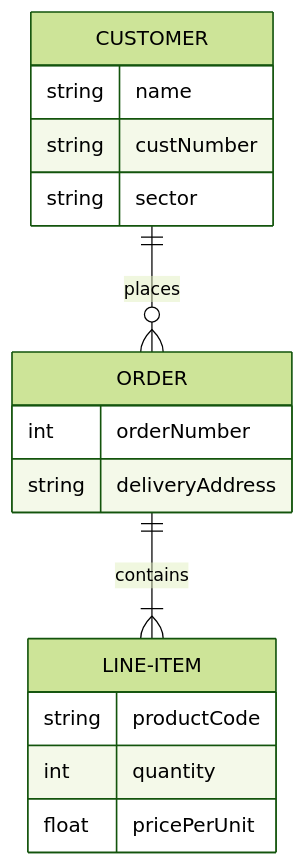
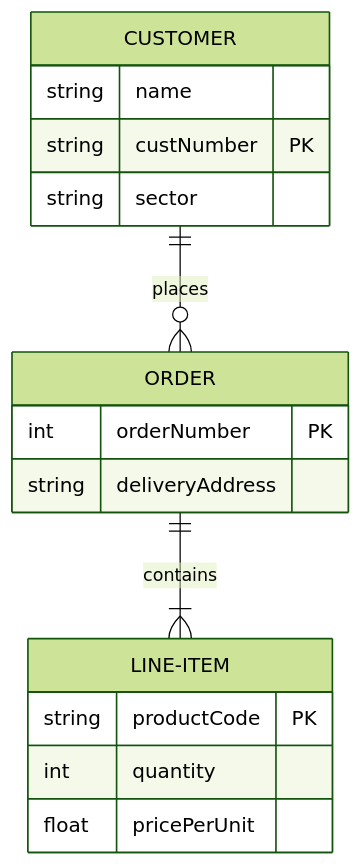
Before and after one commit to zi-ang-liu/jb-database: the tenth of 10 diagrams in database/contents/er_model/er_model.md, drawn with Mermaid (forest theme).

````diff
--- a/database/contents/er_model/er_model.md
+++ b/database/contents/er_model/er_model.md
@@ -255,19 +255,19 @@
 ```{mermaid}
 erDiagram
     CUSTOMER ||--o{ ORDER : places
     CUSTOMER {
         string name
-        string custNumber
+        string custNumber PK
         string sector
     }
     ORDER ||--|{ LINE-ITEM : contains
     ORDER {
-        int orderNumber
+        int orderNumber PK
         string deliveryAddress
     }
     LINE-ITEM {
-        string productCode
+        string productCode PK
         int quantity
         float pricePerUnit
     }
 ```
````
